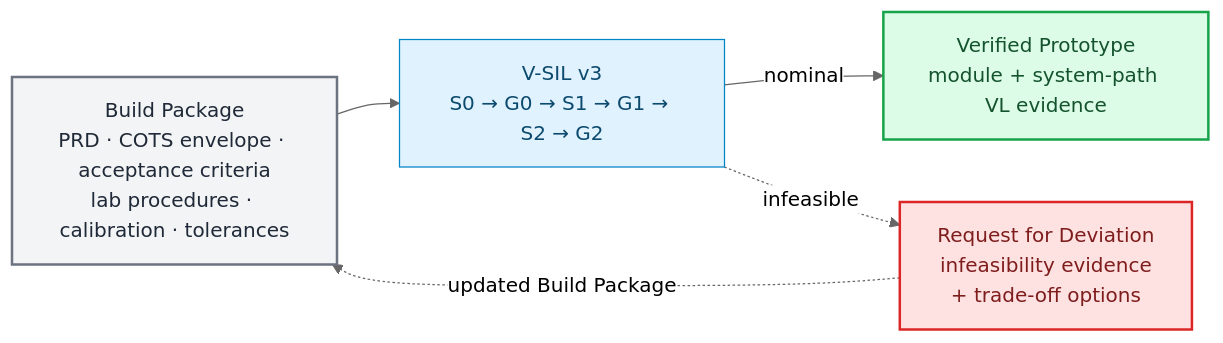
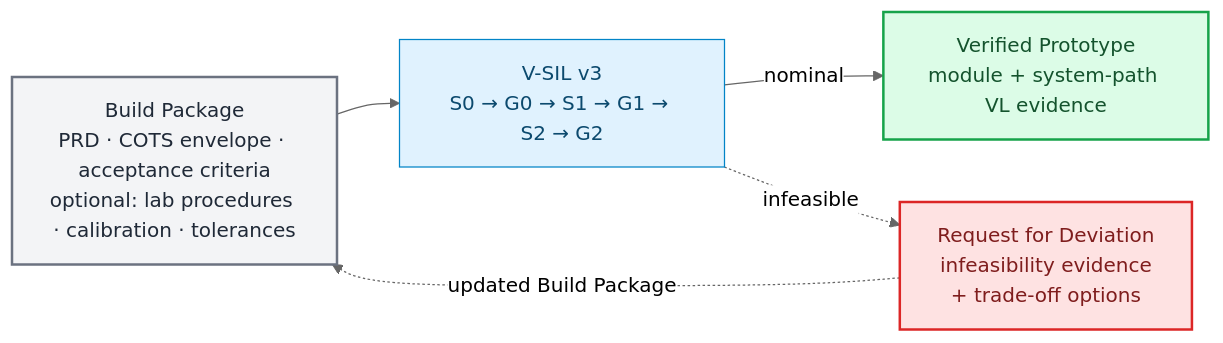
Before and after one commit to dramirezbe/codeanvil-gcpds: the first of 11 diagrams in methodology/V-SIL-v3/V-SIL_v3.md, drawn with Mermaid (neutral theme). The commit also changed other lines of this file and 3 other files, not shown here.

Commit message:
docs(v-sil-v3): make the Real HW HAL and lab inputs optional, telemetry mandatory

````diff
--- a/methodology/V-SIL-v3/V-SIL_v3.md
+++ b/methodology/V-SIL-v3/V-SIL_v3.md
@@ -13,17 +13,17 @@
 ```mermaid
 flowchart LR
     classDef input fill:#f3f4f6,stroke:#6b7280,color:#1f2937,stroke-width:2px
     classDef vsil fill:#e0f2fe,stroke:#0284c7,color:#0c4a6e
     classDef output fill:#dcfce7,stroke:#16a34a,color:#14532d,stroke-width:2px
     classDef rfd fill:#fee2e2,stroke:#dc2626,color:#7f1d1d,stroke-width:2px
 
-    IN["Build Package<br/>PRD · COTS envelope · acceptance criteria<br/>lab procedures · calibration · tolerances"]:::input
+    IN["Build Package<br/>PRD · COTS envelope · acceptance criteria<br/>optional: lab procedures · calibration · tolerances"]:::input
     VSIL["V-SIL v3<br/>S0 → G0 → S1 → G1 → S2 → G2"]:::vsil
     OUT["Verified Prototype<br/>module + system-path VL evidence"]:::output
     RFD["Request for Deviation<br/>infeasibility evidence<br/>+ trade-off options"]:::rfd
 
     IN --> VSIL
     VSIL -->|nominal| OUT
     VSIL -.->|infeasible| RFD
     RFD -.->|updated Build Package| IN
 ```
````
